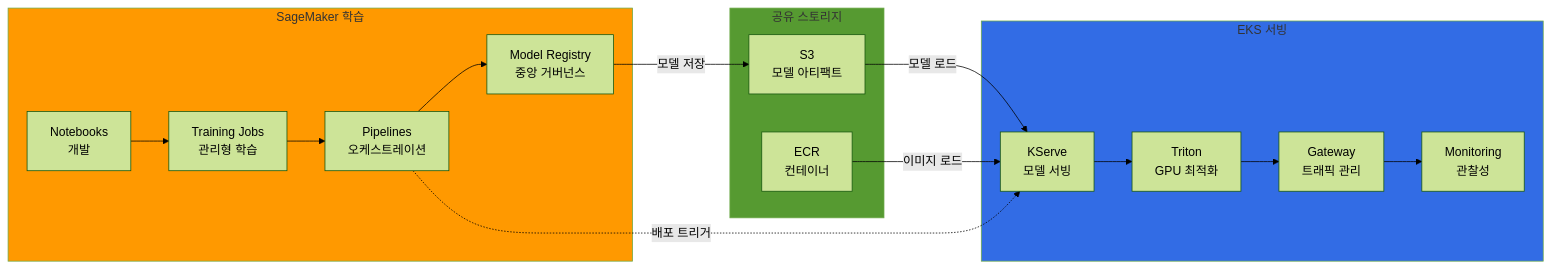
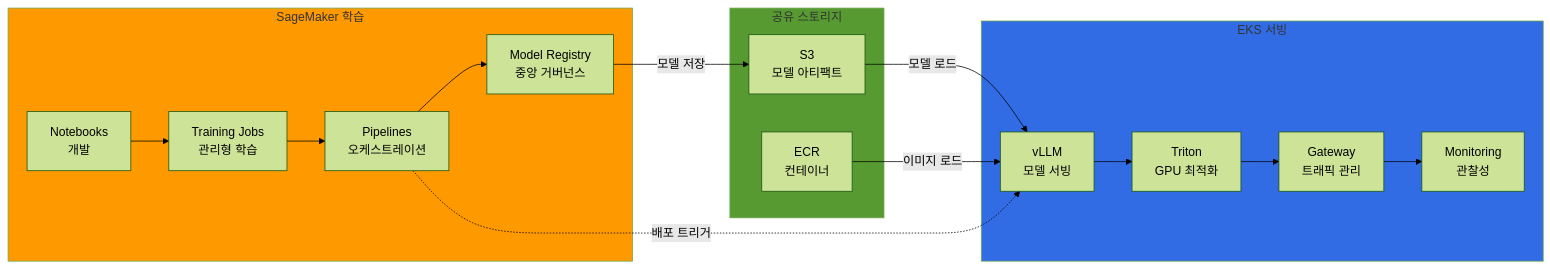
Before and after one commit to devfloor9/engineering-playbook: the first of 4 diagrams in docs/agentic-ai-platform/operations-mlops/sagemaker-eks-integration.md, drawn with Mermaid (forest theme). The commit also changed other lines of this file and 21 other files, not shown here.

````diff
--- a/docs/agentic-ai-platform/operations-mlops/sagemaker-eks-integration.md
+++ b/docs/agentic-ai-platform/operations-mlops/sagemaker-eks-integration.md
@@ -33,38 +33,38 @@
 ```mermaid
 flowchart LR
     subgraph SageMaker["SageMaker 학습"]
         SM_NB[Notebooks<br/>개발]
         SM_TRAIN[Training Jobs<br/>관리형 학습]
         SM_PIPE[Pipelines<br/>오케스트레이션]
         SM_REG[Model Registry<br/>중앙 거버넌스]
     end
 
     subgraph Storage["공유 스토리지"]
         S3[S3<br/>모델 아티팩트]
         ECR[ECR<br/>컨테이너]
     end
 
     subgraph EKS["EKS 서빙"]
-        KSERVE[KServe<br/>모델 서빙]
+        VLLM[vLLM<br/>모델 서빙]
         TRITON[Triton<br/>GPU 최적화]
         GATEWAY[Gateway<br/>트래픽 관리]
         MONITOR[Monitoring<br/>관찰성]
     end
 
     SM_NB --> SM_TRAIN
     SM_TRAIN --> SM_PIPE
     SM_PIPE --> SM_REG
     SM_REG -->|모델 저장| S3
 
-    S3 -->|모델 로드| KSERVE
-    ECR -->|이미지 로드| KSERVE
-    KSERVE --> TRITON
+    S3 -->|모델 로드| VLLM
+    ECR -->|이미지 로드| VLLM
+    VLLM --> TRITON
     TRITON --> GATEWAY
     GATEWAY --> MONITOR
 
-    SM_PIPE -.->|배포 트리거| KSERVE
+    SM_PIPE -.->|배포 트리거| VLLM
 
     style SageMaker fill:#ff9900
     style Storage fill:#569a31
     style EKS fill:#326ce5
 ```
````
